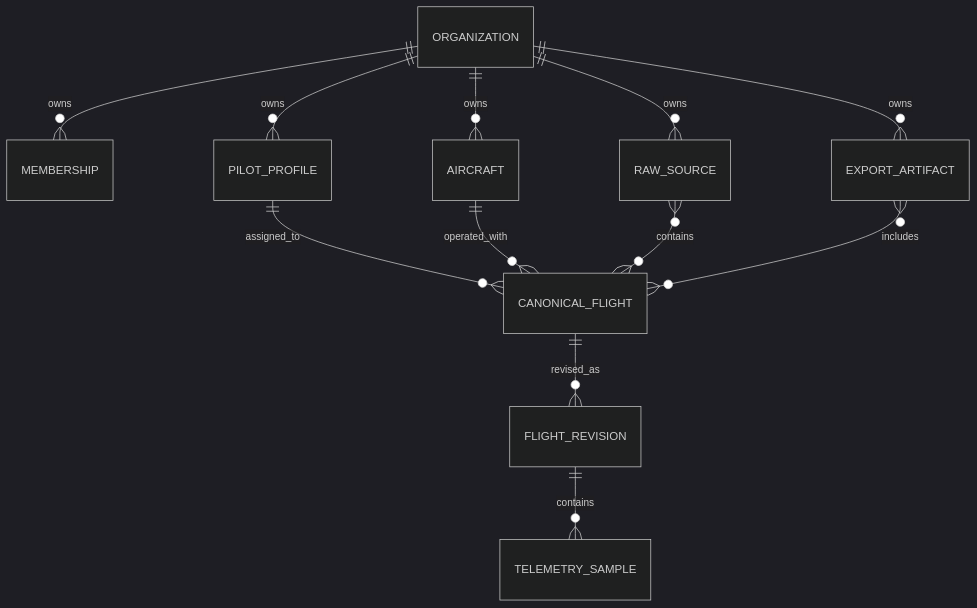
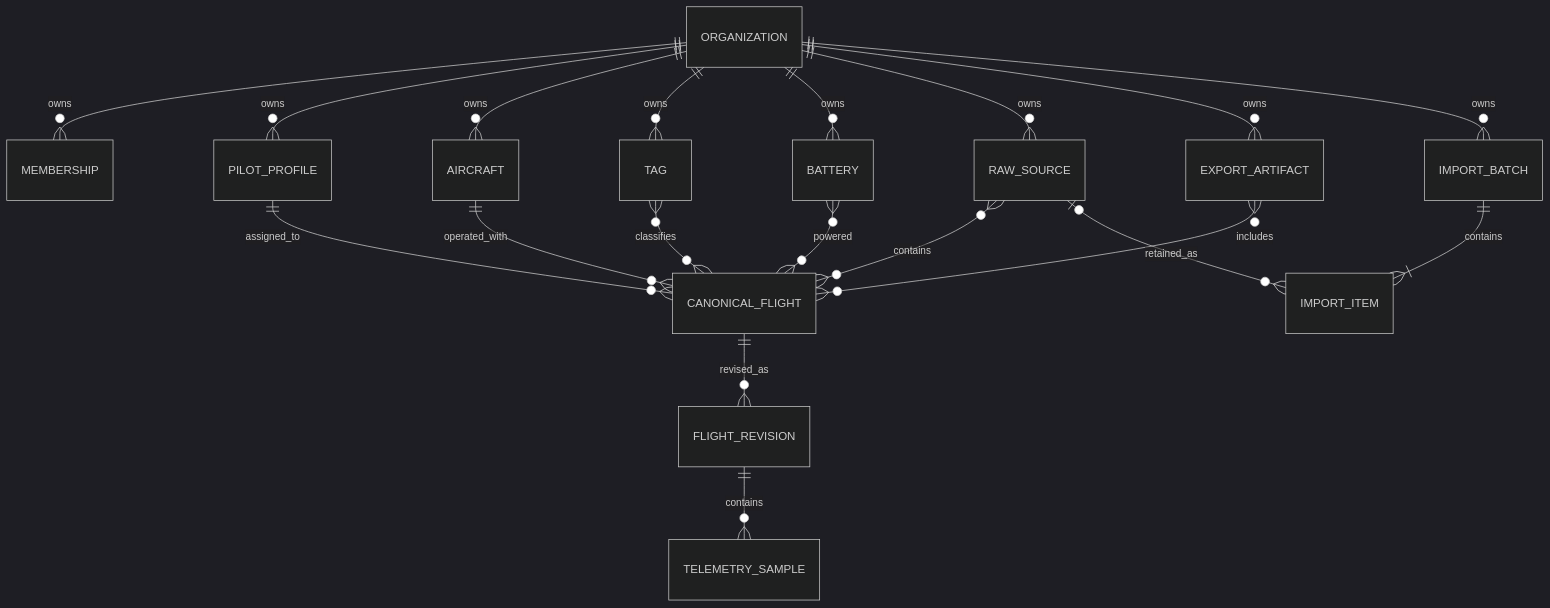
One commit to Synapsekw/Drone.Works changed the diagram in docs/architecture/TENANCY.md. Above: the diagram before and after it, drawn with Mermaid (dark theme). The commit also changed other lines of this file and 9 other files, not shown here.

````diff
--- a/docs/architecture/TENANCY.md
+++ b/docs/architecture/TENANCY.md
@@ -16,14 +16,21 @@
 ```mermaid
 erDiagram
     ORGANIZATION ||--o{ MEMBERSHIP : owns
     ORGANIZATION ||--o{ PILOT_PROFILE : owns
     ORGANIZATION ||--o{ AIRCRAFT : owns
+    ORGANIZATION ||--o{ TAG : owns
+    ORGANIZATION ||--o{ BATTERY : owns
     PILOT_PROFILE ||--o{ CANONICAL_FLIGHT : assigned_to
     AIRCRAFT ||--o{ CANONICAL_FLIGHT : operated_with
+    TAG }o--o{ CANONICAL_FLIGHT : classifies
+    BATTERY }o--o{ CANONICAL_FLIGHT : powered
     CANONICAL_FLIGHT ||--o{ FLIGHT_REVISION : revised_as
     FLIGHT_REVISION ||--o{ TELEMETRY_SAMPLE : contains
     ORGANIZATION ||--o{ RAW_SOURCE : owns
     ORGANIZATION ||--o{ EXPORT_ARTIFACT : owns
     RAW_SOURCE }o--o{ CANONICAL_FLIGHT : contains
     EXPORT_ARTIFACT }o--o{ CANONICAL_FLIGHT : includes
+    ORGANIZATION ||--o{ IMPORT_BATCH : owns
+    IMPORT_BATCH ||--|{ IMPORT_ITEM : contains
+    RAW_SOURCE o|--o{ IMPORT_ITEM : retained_as
 ```
````
